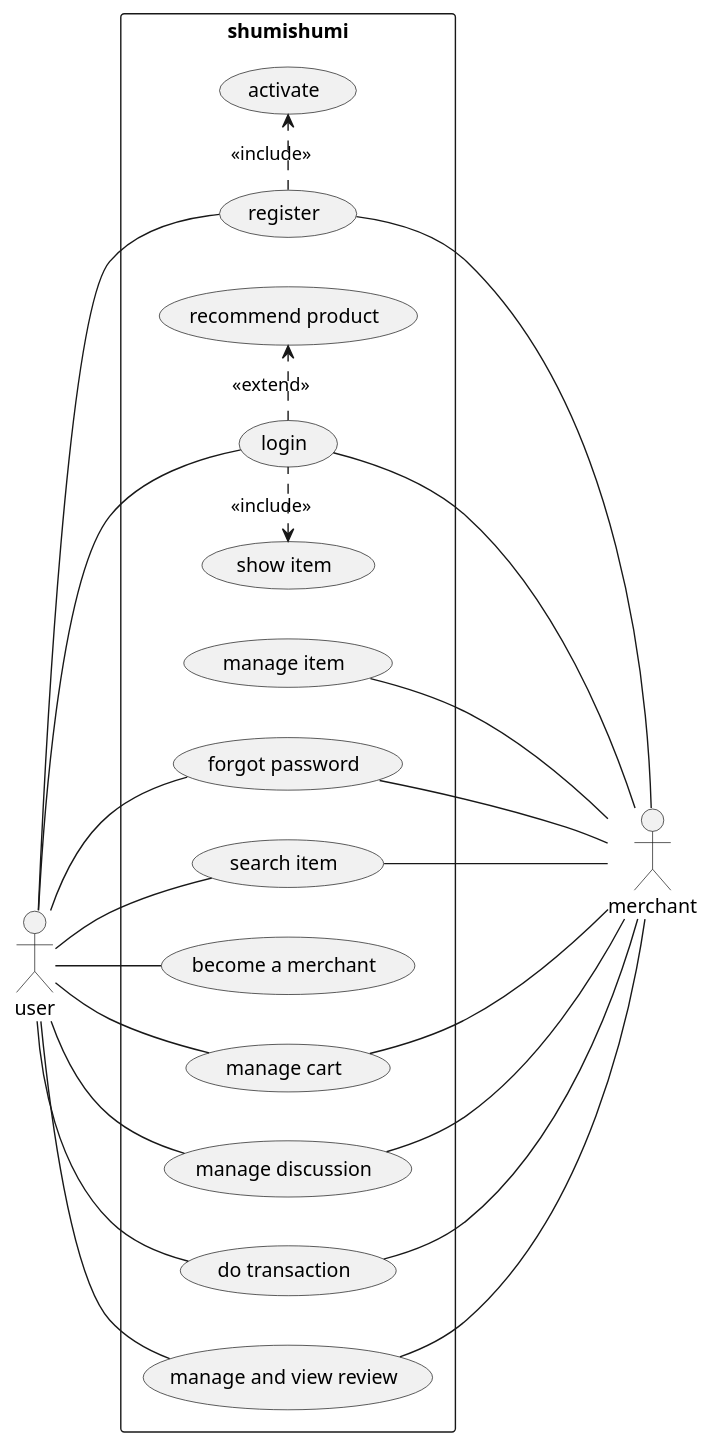
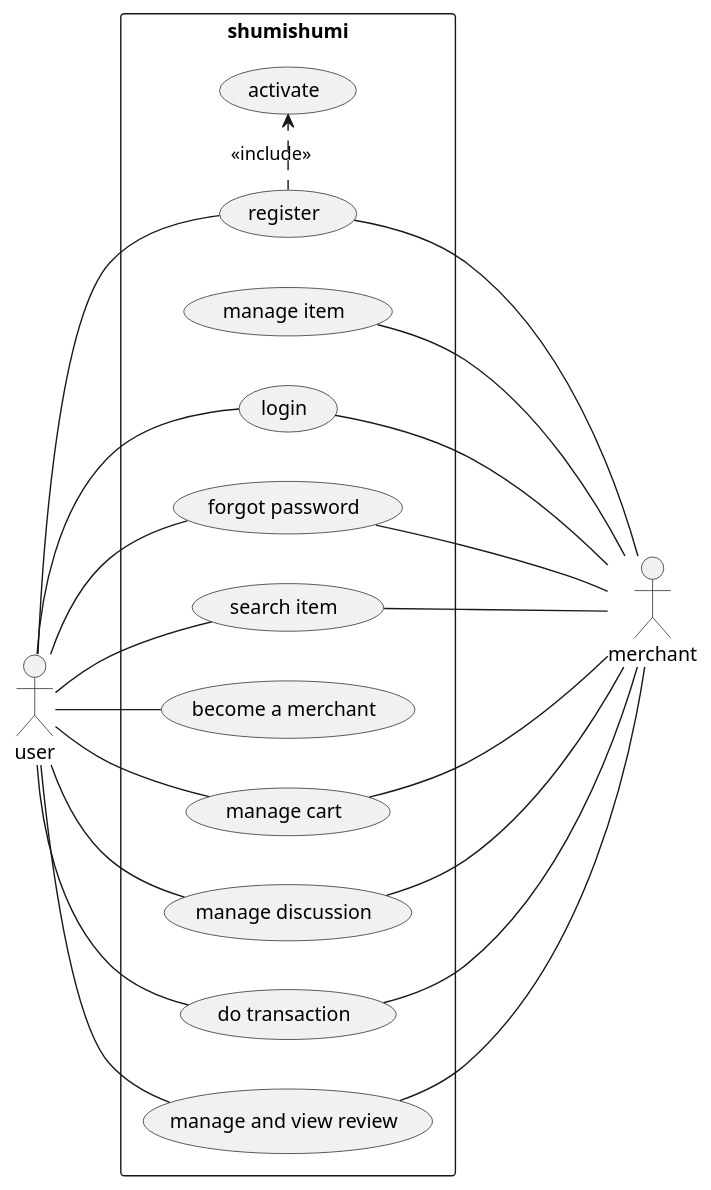
Before and after one commit to aldihsuhandi/skripsi-2023: the diagram in uml/usecase diagram.pu, drawn with PlantUML. The commit also changed 1 other file, not shown here.

```diff
--- a/uml/usecase diagram.pu
+++ b/uml/usecase diagram.pu
@@ -1,72 +1,68 @@
 @startuml usecase diagram
 
 left to right direction
 
 skinparam actor {
     Location right
     StereotypeFontStyle bold
 }
 
 actor user as u
 actor merchant as m
 
 rectangle shumishumi {
     usecase "manage item" as manage_item
 
     usecase "login" as login
     usecase "activate" as activate
     usecase "register" as register
     usecase "forgot password" as forgotpassword
 
-    usecase "recommend product" as recommend
-    usecase "show item" as show
 
     usecase "search item" as search
 
     usecase "become a merchant" as be_merchant
 
     usecase "manage cart" as cart
     usecase "manage discussion" as discussion
 
     usecase "do transaction" as trx
     usecase "manage and view review" as review
 }
 
 ' user
 u -- login
 
 u -- search
 
 u -- register
 u -- forgotpassword
 u -- be_merchant
 
 u -- cart
 u -- discussion
 
 u -- trx
 
 u -- review
 
 ' merchant
 login -- m
 register -- m
 forgotpassword -- m
 
 search -- m
 
 cart --- m
 discussion -- m
 
 trx -- m
 
 review -- m
 
 manage_item -- m
 
 
 register .> activate : <<include>>
-login .> recommend : <<extend>>
-show <. login : <<include>>
 
 @enduml
```
